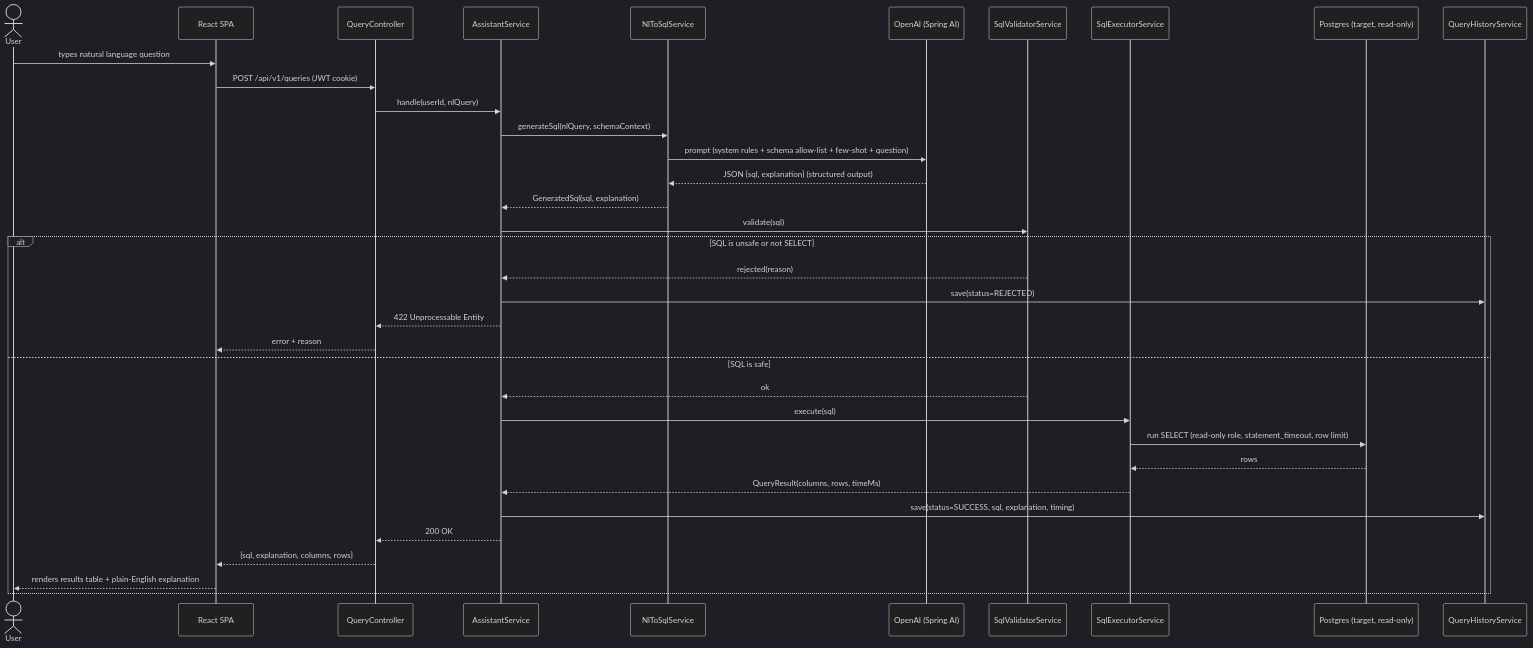
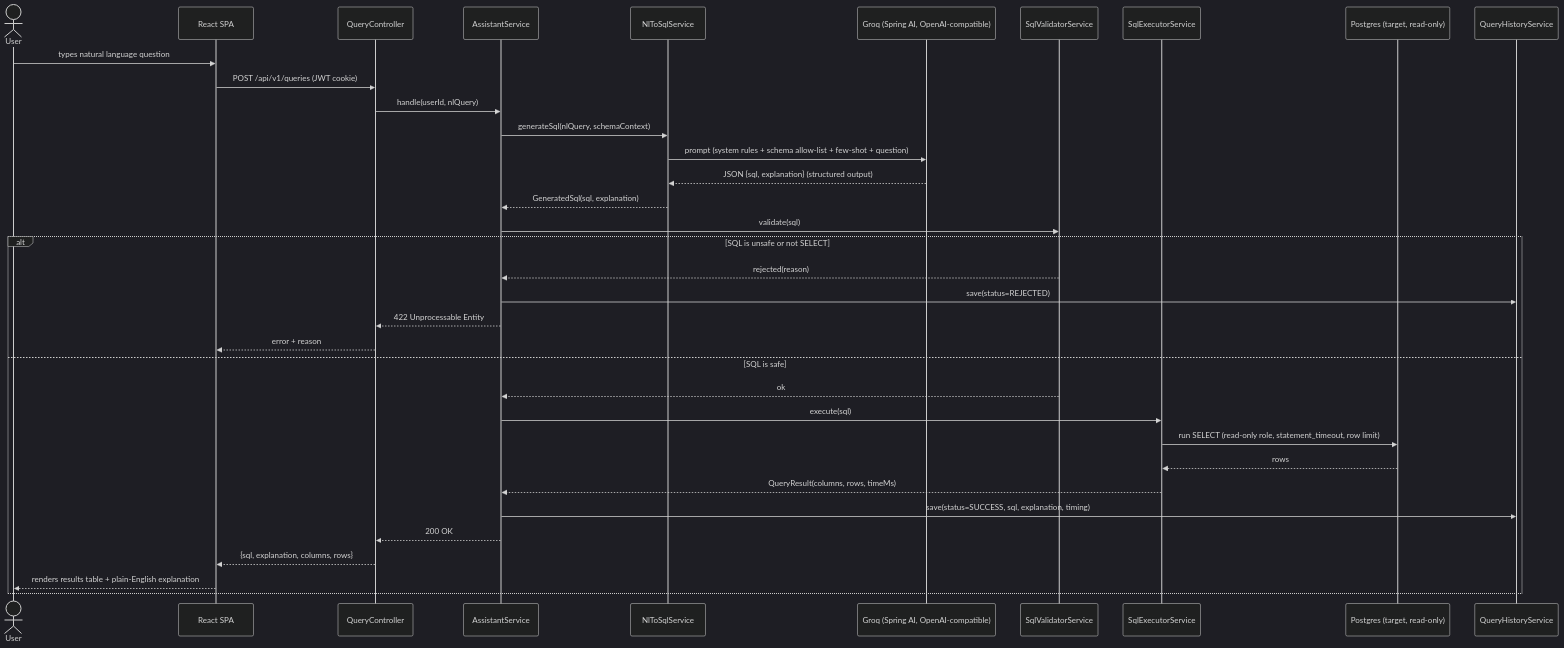
Before and after one commit to anuraggupta819/SQLGenie: the third of 4 diagrams in ARCHITECTURE.md, drawn with Mermaid (dark theme). The commit also changed other lines of this file and 3 other files, not shown here.

First line of the commit message:
Switch LLM provider to Groq (OpenAI-compatible endpoint)

````diff
--- a/ARCHITECTURE.md
+++ b/ARCHITECTURE.md
@@ -159,38 +159,38 @@
 ```mermaid
 sequenceDiagram
     actor U as User
     participant FE as React SPA
     participant API as QueryController
     participant ASM as AssistantService
     participant NL as NlToSqlService
-    participant AI as OpenAI (Spring AI)
+    participant AI as Groq (Spring AI, OpenAI-compatible)
     participant VAL as SqlValidatorService
     participant EX as SqlExecutorService
     participant DB as Postgres (target, read-only)
     participant HIST as QueryHistoryService
 
     U->>FE: types natural language question
     FE->>API: POST /api/v1/queries (JWT cookie)
     API->>ASM: handle(userId, nlQuery)
     ASM->>NL: generateSql(nlQuery, schemaContext)
     NL->>AI: prompt (system rules + schema allow-list + few-shot + question)
     AI-->>NL: JSON {sql, explanation} (structured output)
     NL-->>ASM: GeneratedSql(sql, explanation)
     ASM->>VAL: validate(sql)
     alt SQL is unsafe or not SELECT
         VAL-->>ASM: rejected(reason)
         ASM->>HIST: save(status=REJECTED)
         ASM-->>API: 422 Unprocessable Entity
         API-->>FE: error + reason
     else SQL is safe
         VAL-->>ASM: ok
         ASM->>EX: execute(sql)
         EX->>DB: run SELECT (read-only role, statement_timeout, row limit)
         DB-->>EX: rows
         EX-->>ASM: QueryResult(columns, rows, timeMs)
         ASM->>HIST: save(status=SUCCESS, sql, explanation, timing)
         ASM-->>API: 200 OK
         API-->>FE: {sql, explanation, columns, rows}
         FE-->>U: renders results table + plain-English explanation
     end
 ```
````
